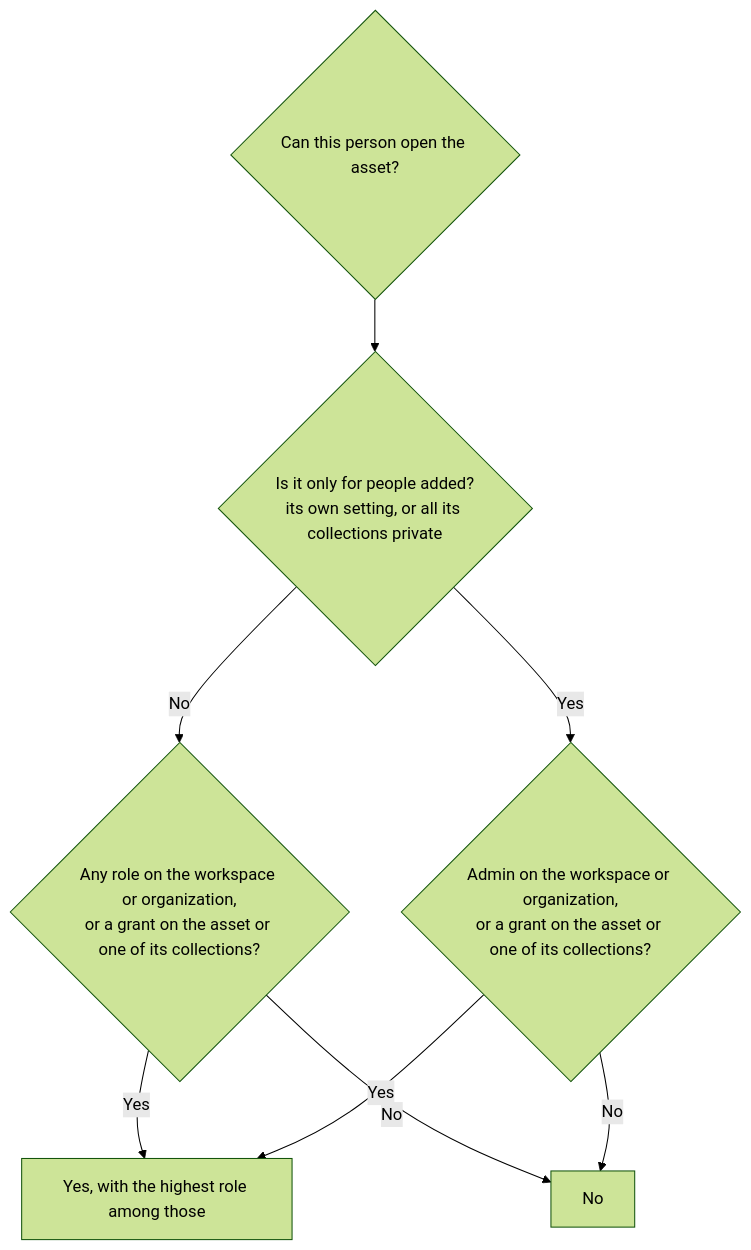
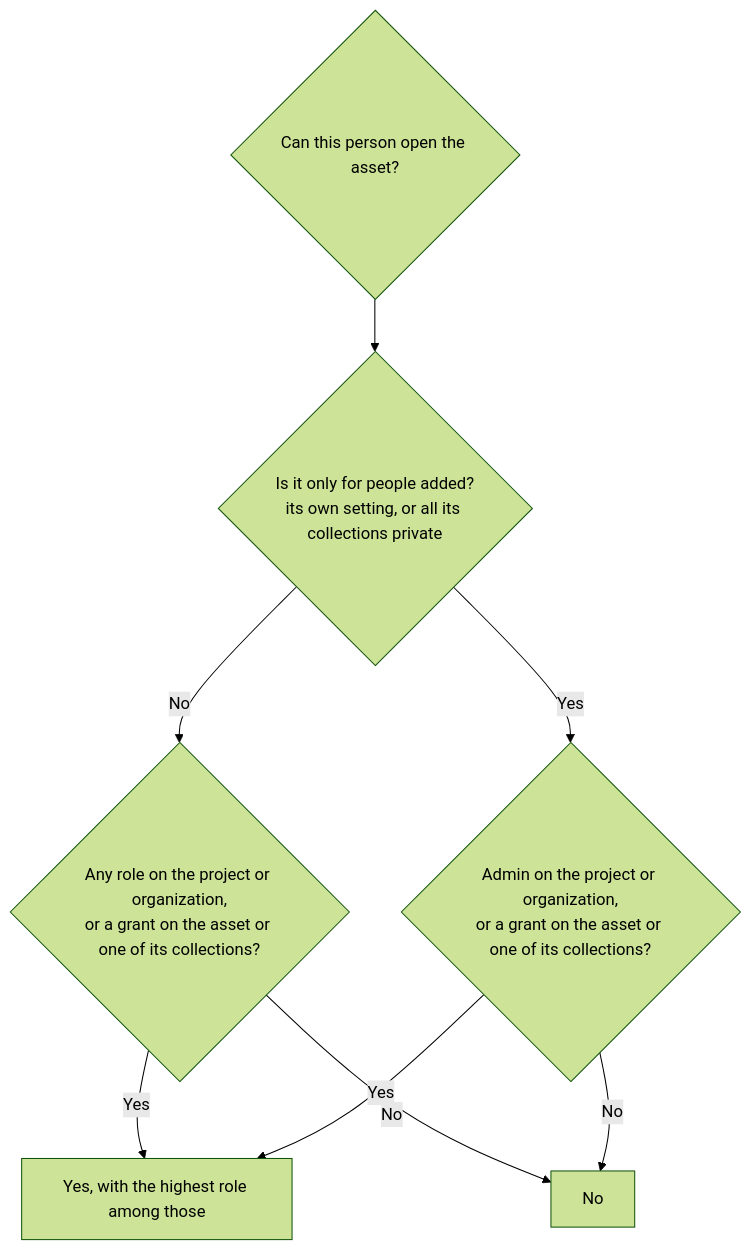
Before and after one commit to pwnera/artbucket: the second of 2 diagrams in docs/guides/access.mdx, drawn with Mermaid (forest theme). The commit also changed other lines of this file and 209 other files, not shown here.

First line of the commit message:
refactor!: the workspace is the project

````diff
--- a/docs/guides/access.mdx
+++ b/docs/guides/access.mdx
@@ -78,10 +78,10 @@
 ```mermaid
 flowchart TD
   Q{Can this person open the asset?} --> P{Is it only for people added?<br/>its own setting, or all its collections private}
-  P -- No --> R{Any role on the workspace or organization,<br/>or a grant on the asset or one of its collections?}
-  P -- Yes --> S{Admin on the workspace or organization,<br/>or a grant on the asset or one of its collections?}
+  P -- No --> R{Any role on the project or organization,<br/>or a grant on the asset or one of its collections?}
+  P -- Yes --> S{Admin on the project or organization,<br/>or a grant on the asset or one of its collections?}
   R -- Yes --> Y[Yes, with the highest role among those]
   R -- No --> N[No]
   S -- Yes --> Y
   S -- No --> N
 ```
````
